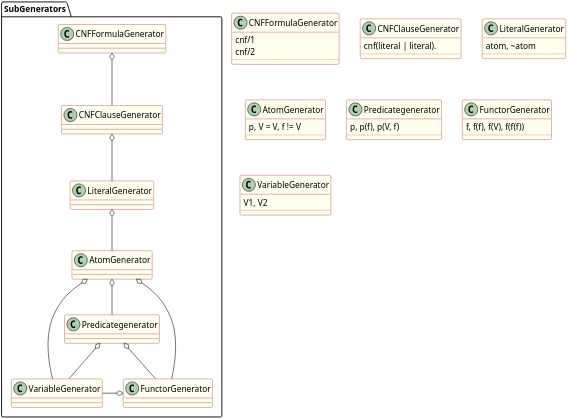
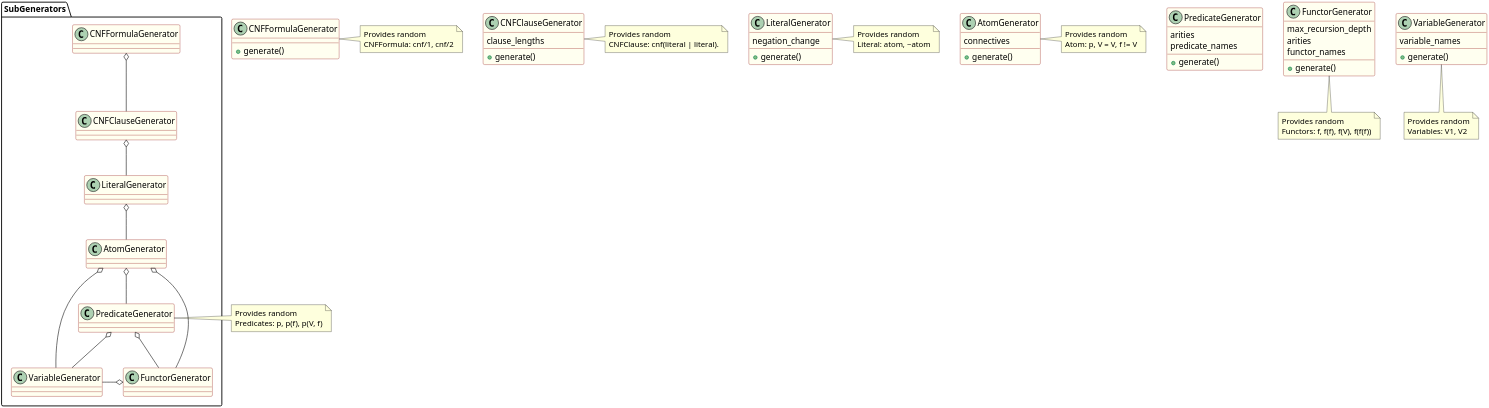
One commit to Mateusz-Grzelinski/set-research-documentation changed the diagram in logic-formula-generator/fol/cnf_signature_generators.puml. Above: the diagram before and after it, drawn with PlantUML. The commit also changed 8 other files, not shown here.

```diff
--- a/logic-formula-generator/fol/cnf_signature_generators.puml
+++ b/logic-formula-generator/fol/cnf_signature_generators.puml
@@ -1,56 +1,67 @@
 @startuml
 skinparam dpi 300
 
 skinparam class {
   backgroundColor Ivory
   borderColor DarkRed
 }
 
 package SubGenerators {
   CNFFormulaGenerator o-- CNFClauseGenerator
   CNFClauseGenerator o-- LiteralGenerator
   LiteralGenerator o-- AtomGenerator
-  AtomGenerator o-- Predicategenerator
+  AtomGenerator o-- PredicateGenerator
   AtomGenerator o-- VariableGenerator
   AtomGenerator o-- FunctorGenerator
-  Predicategenerator o-- VariableGenerator
-  Predicategenerator o-- FunctorGenerator
-  VariableGenerator -o FunctorGenerator 
+  PredicateGenerator o-- VariableGenerator
+  PredicateGenerator o-- FunctorGenerator
+  VariableGenerator -o FunctorGenerator
 }
 
+note "Provides random\nPredicates: p, p(f), p(V, f)" as N
+PredicateGenerator - N
+
 class CNFFormulaGenerator {
-	cnf/1
-	cnf/2
-	..
+	+ generate() 
 }
+note right of CNFFormulaGenerator: Provides random\nCNFFormula: cnf/1, cnf/2
 
 class CNFClauseGenerator {
-	cnf(literal | literal).
-	..
+  clause_lengths
+	+ generate() 
 }
+note right of CNFClauseGenerator: Provides random\nCNFClause: cnf(literal | literal).
 
 class LiteralGenerator {
-	atom, ~atom
-	..
+  negation_change
+	+ generate() 
 }
+note right of LiteralGenerator: Provides random\nLiteral: atom, ~atom
 
 class AtomGenerator {
-	p, V = V, f != V
-	..
+  connectives
+	+ generate() 
 }
+note right of AtomGenerator: Provides random\nAtom: p, V = V, f != V
 
-class Predicategenerator {
-	p, p(f), p(V, f)
-	..
+class PredicateGenerator {
+	arities
+  predicate_names
+	+ generate() 
 }
 
 class FunctorGenerator {
-	f, f(f), f(V), f(f(f))
-	..
+  max_recursion_depth
+  arities
+  functor_names
+	+ generate() 
 }
+note bottom of FunctorGenerator: Provides random\nFunctors: f, f(f), f(V), f(f(f))
 
 class VariableGenerator {
-	V1, V2
-	..
+  variable_names
+	+ generate() 
 }
+note bottom of VariableGenerator: Provides random\nVariables: V1, V2
+
 @enduml
```
